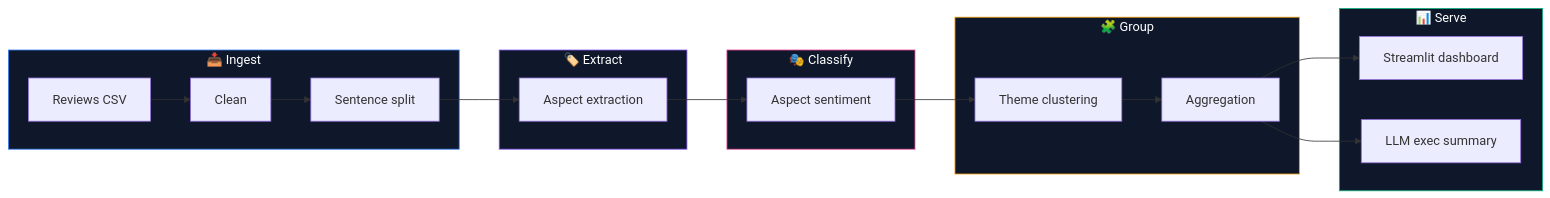
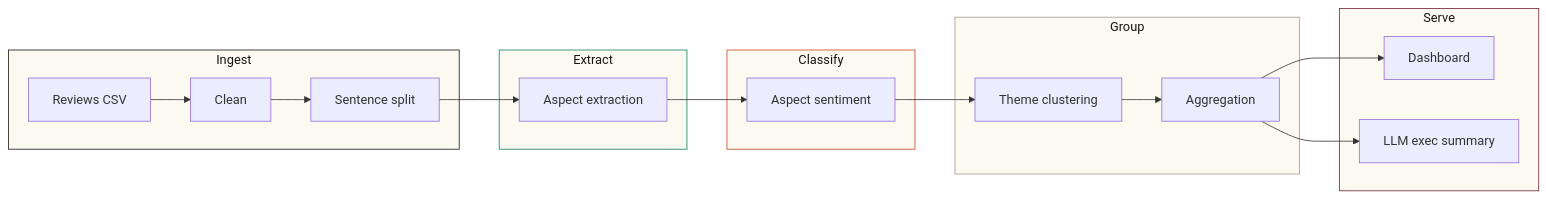
Before and after one commit to SaudSatopay/review-lens: the diagram in README.md, drawn with Mermaid. The commit also changed other lines of this file and 4 other files, not shown here.

````diff
--- a/README.md
+++ b/README.md
@@ -69,31 +59,31 @@
 ```mermaid
 flowchart LR
-    subgraph INGEST ["📥 Ingest"]
+    subgraph INGEST ["Ingest"]
         A[Reviews CSV] --> B[Clean]
         B --> C[Sentence split]
     end
 
-    subgraph EXTRACT ["🏷️ Extract"]
+    subgraph EXTRACT ["Extract"]
         C --> D[Aspect extraction]
     end
 
-    subgraph CLASSIFY ["🎭 Classify"]
+    subgraph CLASSIFY ["Classify"]
         D --> E[Aspect sentiment]
     end
 
-    subgraph GROUP ["🧩 Group"]
+    subgraph GROUP ["Group"]
         E --> F[Theme clustering]
         F --> G[Aggregation]
     end
 
-    subgraph SERVE ["📊 Serve"]
-        G --> H[Streamlit dashboard]
+    subgraph SERVE ["Serve"]
+        G --> H[Dashboard]
         G --> I[LLM exec summary]
     end
 
-    style INGEST fill:#0f172a,stroke:#3b82f6,color:#fff
-    style EXTRACT fill:#0f172a,stroke:#8b5cf6,color:#fff
-    style CLASSIFY fill:#0f172a,stroke:#ec4899,color:#fff
-    style GROUP fill:#0f172a,stroke:#f59e0b,color:#fff
-    style SERVE fill:#0f172a,stroke:#10b981,color:#fff
+    style INGEST fill:#FCF9F1,stroke:#191511,color:#191511
+    style EXTRACT fill:#FCF9F1,stroke:#0F8265,color:#191511
+    style CLASSIFY fill:#FCF9F1,stroke:#C34A24,color:#191511
+    style GROUP fill:#FCF9F1,stroke:#A2988A,color:#191511
+    style SERVE fill:#FCF9F1,stroke:#6E2231,color:#191511
 ```
````
